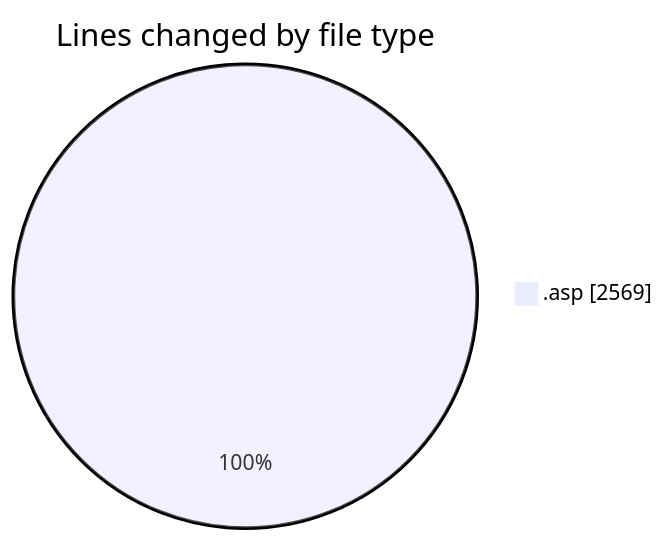
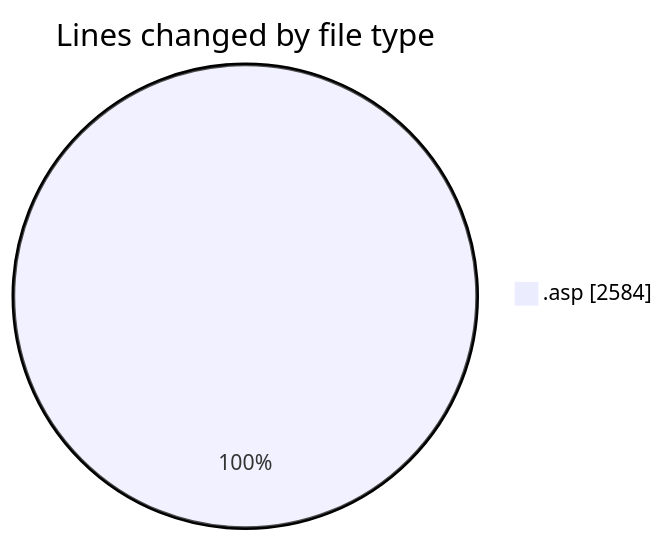
The first of 2 diagrams in 2025-10-31/cdp_aleoudev_fr__workspace_/README.md (julien-gomy/code-tracking), drawn with Mermaid before and after one commit. The commit also changed other lines of this file and 1 other file, not shown here.

````diff
--- a/2025-10-31/cdp_aleoudev_fr__workspace_/README.md
+++ b/2025-10-31/cdp_aleoudev_fr__workspace_/README.md
@@ -21,5 +21,5 @@
 ```mermaid
 pie showData
 title Lines changed by file type
-".asp" : 2569
+".asp" : 2584
 ```
````
